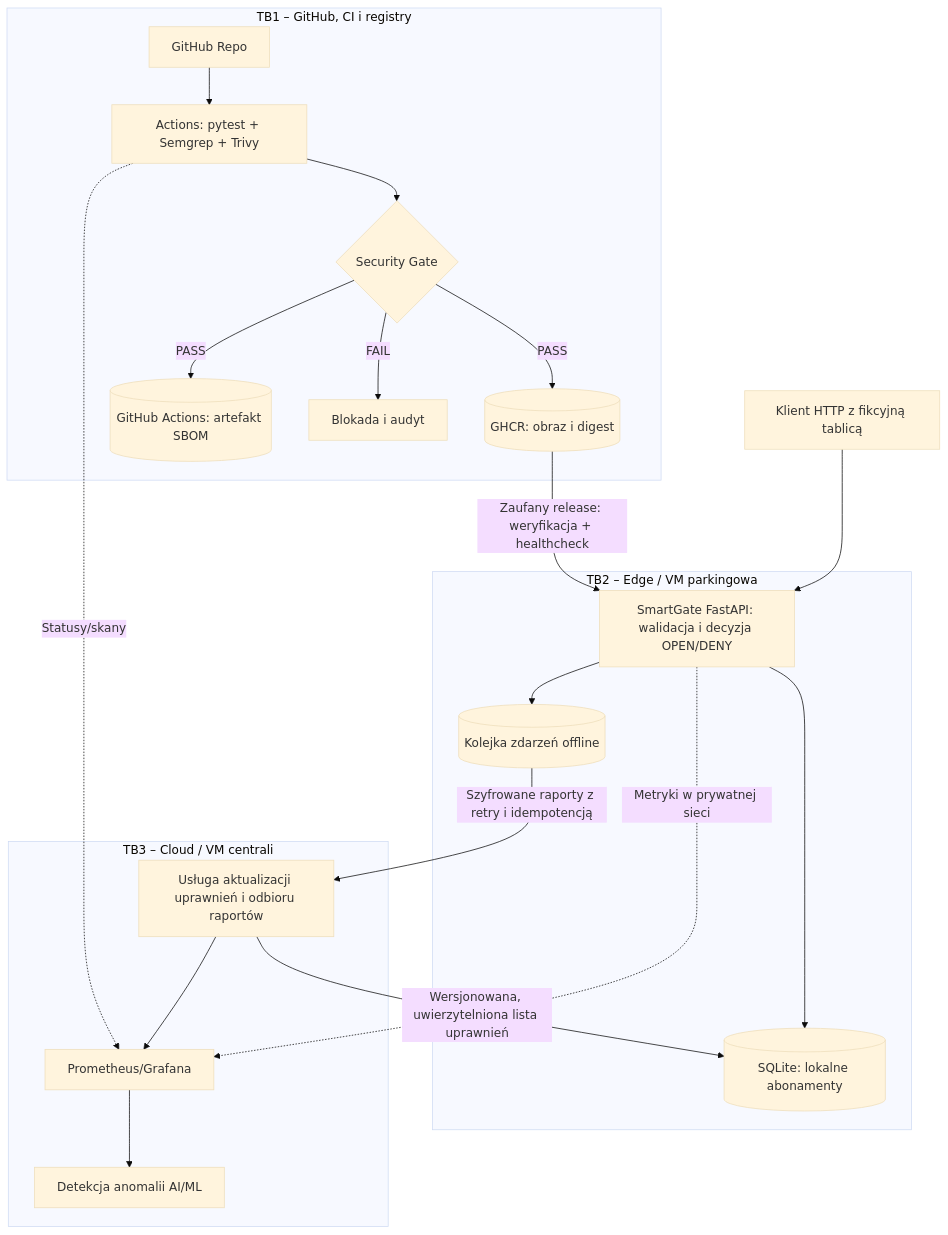
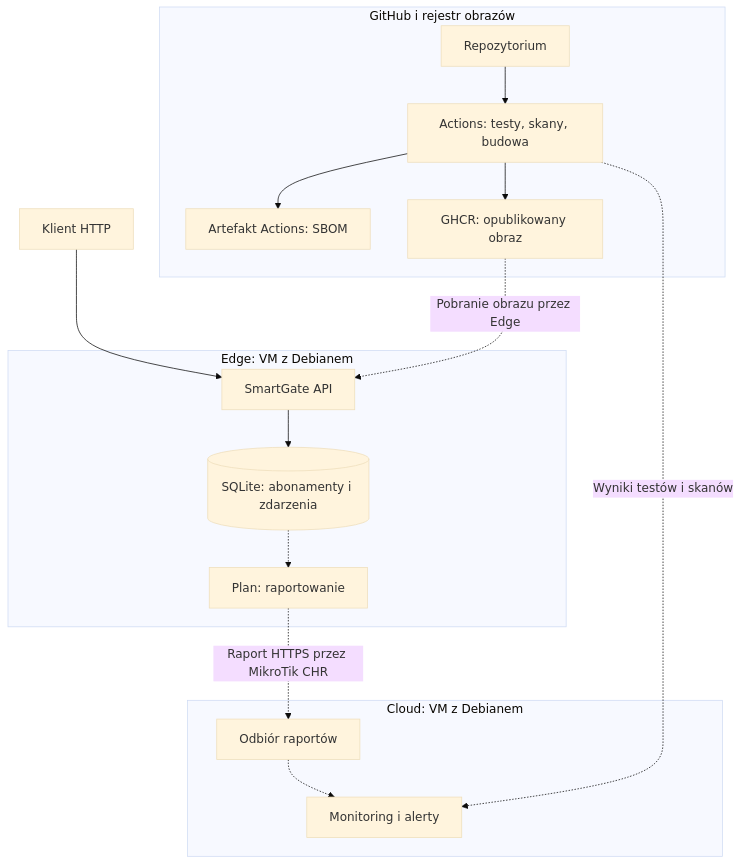
The diagram in docs/M2/02-architektura.md (pniewrzol/-DevSecOps-Edge-Cloud-app), drawn with Mermaid (base theme) before and after one commit. The commit also changed other lines of this file and 20 other files, not shown here.

````diff
--- a/docs/M2/02-architektura.md
+++ b/docs/M2/02-architektura.md
@@ -5,29 +5,20 @@
 ```mermaid
 flowchart TB
-  CAR["Klient HTTP z fikcyjną tablicą"] --> API
-  subgraph EDGE["TB2 – Edge / VM parkingowa"]
-    API["SmartGate FastAPI: walidacja i decyzja OPEN/DENY"]
-    DB[("SQLite: lokalne abonamenty")]
-    OUT[("Kolejka zdarzeń offline")]
-    API --> DB
-    API --> OUT
-  end
-  subgraph CLOUD["TB3 – Cloud / VM centrali"]
-    SYNC["Usługa aktualizacji uprawnień i odbioru raportów"]
-    MET["Prometheus/Grafana"]
-    ML["Detekcja anomalii AI/ML"]
-    SYNC --> MET --> ML
-  end
-  OUT -->|"Szyfrowane raporty z retry i idempotencją"| SYNC
-  SYNC -->|"Wersjonowana, uwierzytelniona lista uprawnień"| DB
-  API -.->|"Metryki w prywatnej sieci"| MET
-  subgraph CICD["TB1 – GitHub, CI i registry"]
-    GIT["GitHub Repo"] --> CI["Actions: pytest + Semgrep + Trivy"]
-    CI --> GATE{"Security Gate"}
-    GATE -->|PASS| REG[("GHCR: obraz i digest")]
-    GATE -->|PASS| SBOM[("GitHub Actions: artefakt SBOM")]
-    GATE -->|FAIL| STOP["Blokada i audyt"]
-  end
-  REG -->|"Zaufany release: weryfikacja + healthcheck"| API
-  CI -.->|"Statusy/skany"| MET
+    U["Klient HTTP"]
+    subgraph CI_ZONE["GitHub i rejestr obrazów"]
+        G["Repozytorium"] --> C["Actions: testy, skany, budowa"]
+        C --> S["Artefakt Actions: SBOM"]
+        C --> R["GHCR: opublikowany obraz"]
+    end
+    subgraph EDGE["Edge: VM z Debianem"]
+        A["SmartGate API"] --> D[("SQLite: abonamenty i zdarzenia")]
+        D -.-> W["Plan: raportowanie"]
+    end
+    subgraph CLOUD["Cloud: VM z Debianem"]
+        I["Odbiór raportów"] -.-> M["Monitoring i alerty"]
+    end
+    U --> A
+    R -.->|"Pobranie obrazu przez Edge"| A
+    W -.->|"Raport HTTPS przez MikroTik CHR"| I
+    C -.->|"Wyniki testów i skanów"| M
 ```
````
